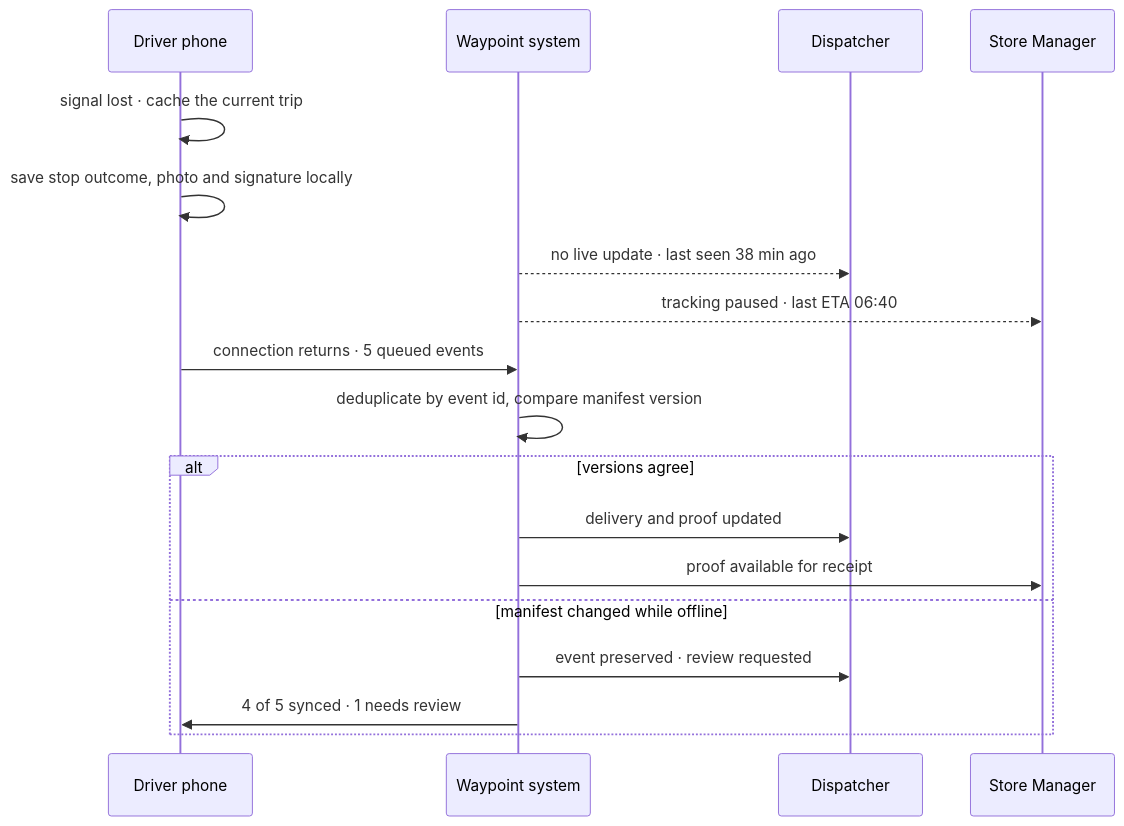
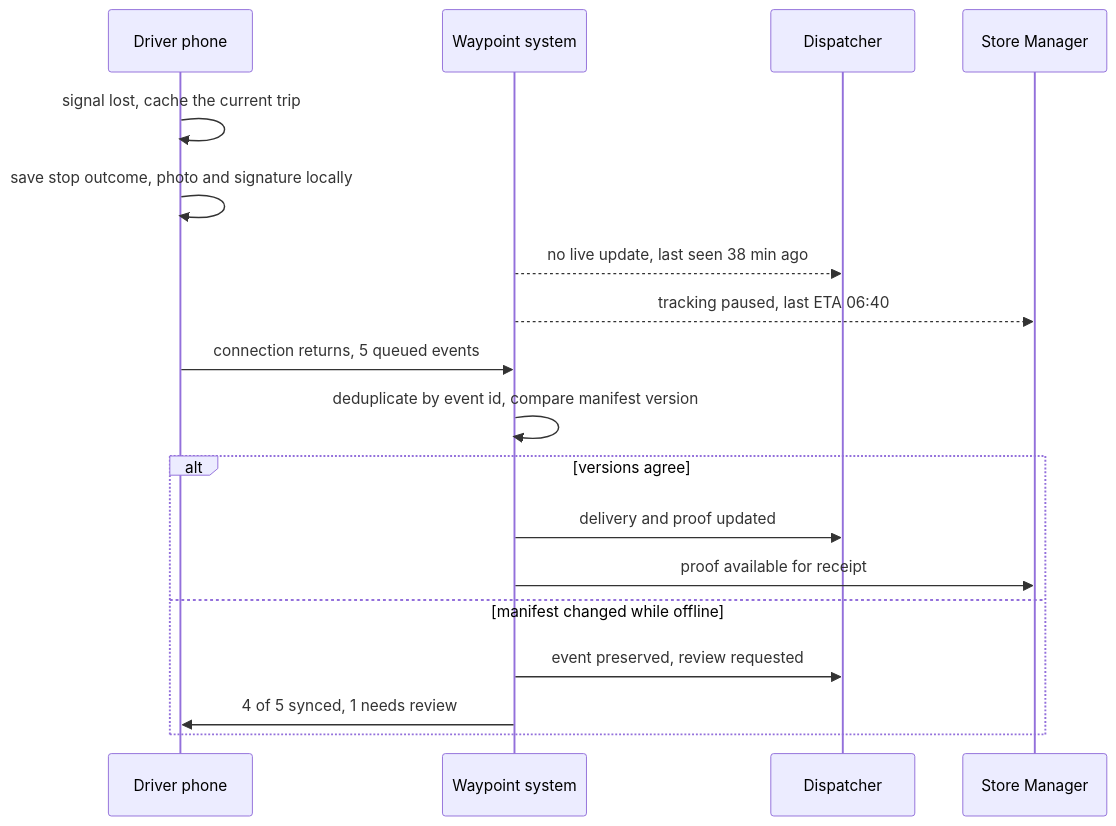
The sixth of 7 diagrams in docs/designathon-rationale-diagrams-styleguide.md (Pasidu-Mihiranga/TechTrithalon), drawn with Mermaid before and after one commit. The commit also changed other lines of this file, not shown here.

````diff
--- a/docs/designathon-rationale-diagrams-styleguide.md
+++ b/docs/designathon-rationale-diagrams-styleguide.md
@@ -216,20 +470,20 @@
 ```mermaid
 sequenceDiagram
   participant D as Driver phone
   participant S as Waypoint system
   participant P as Dispatcher
   participant M as Store Manager
-  D->>D: signal lost · cache the current trip
+  D->>D: signal lost, cache the current trip
   D->>D: save stop outcome, photo and signature locally
-  S-->>P: no live update · last seen 38 min ago
-  S-->>M: tracking paused · last ETA 06:40
-  D->>S: connection returns · 5 queued events
+  S-->>P: no live update, last seen 38 min ago
+  S-->>M: tracking paused, last ETA 06:40
+  D->>S: connection returns, 5 queued events
   S->>S: deduplicate by event id, compare manifest version
   alt versions agree
     S->>P: delivery and proof updated
     S->>M: proof available for receipt
   else manifest changed while offline
-    S->>P: event preserved · review requested
-    S->>D: 4 of 5 synced · 1 needs review
+    S->>P: event preserved, review requested
+    S->>D: 4 of 5 synced, 1 needs review
   end
 ```
````
